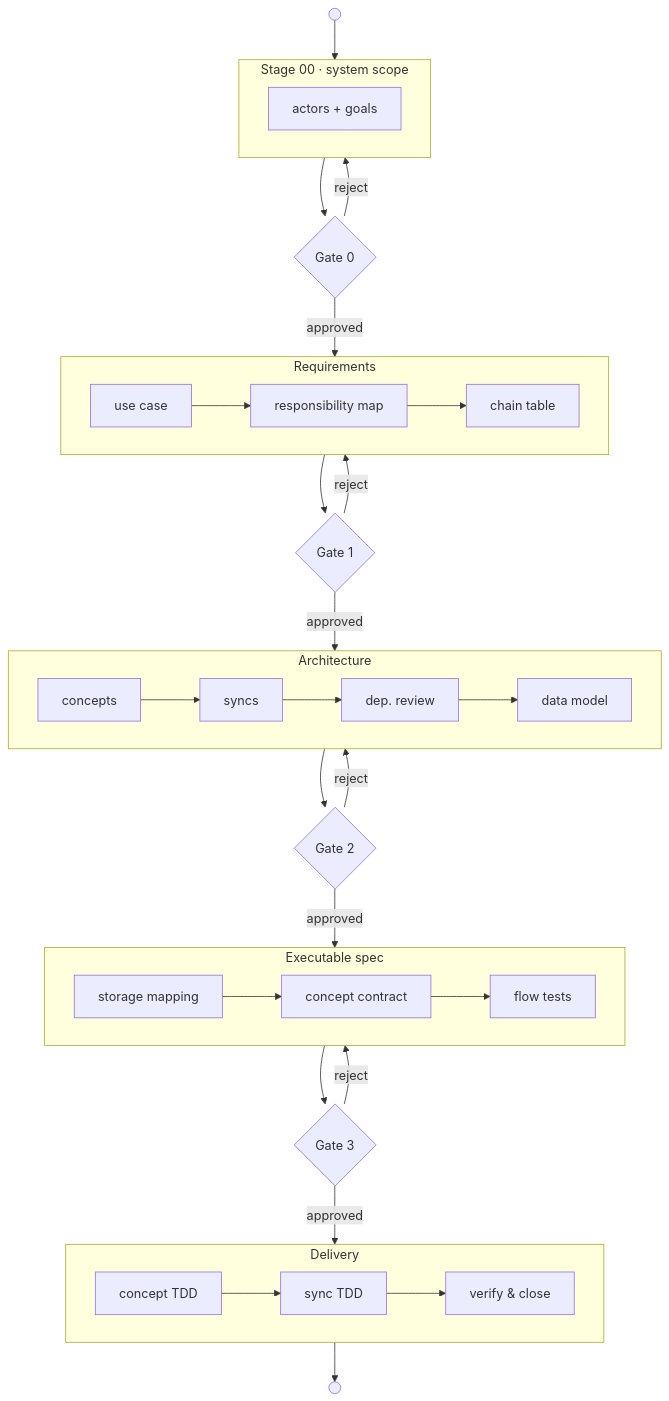
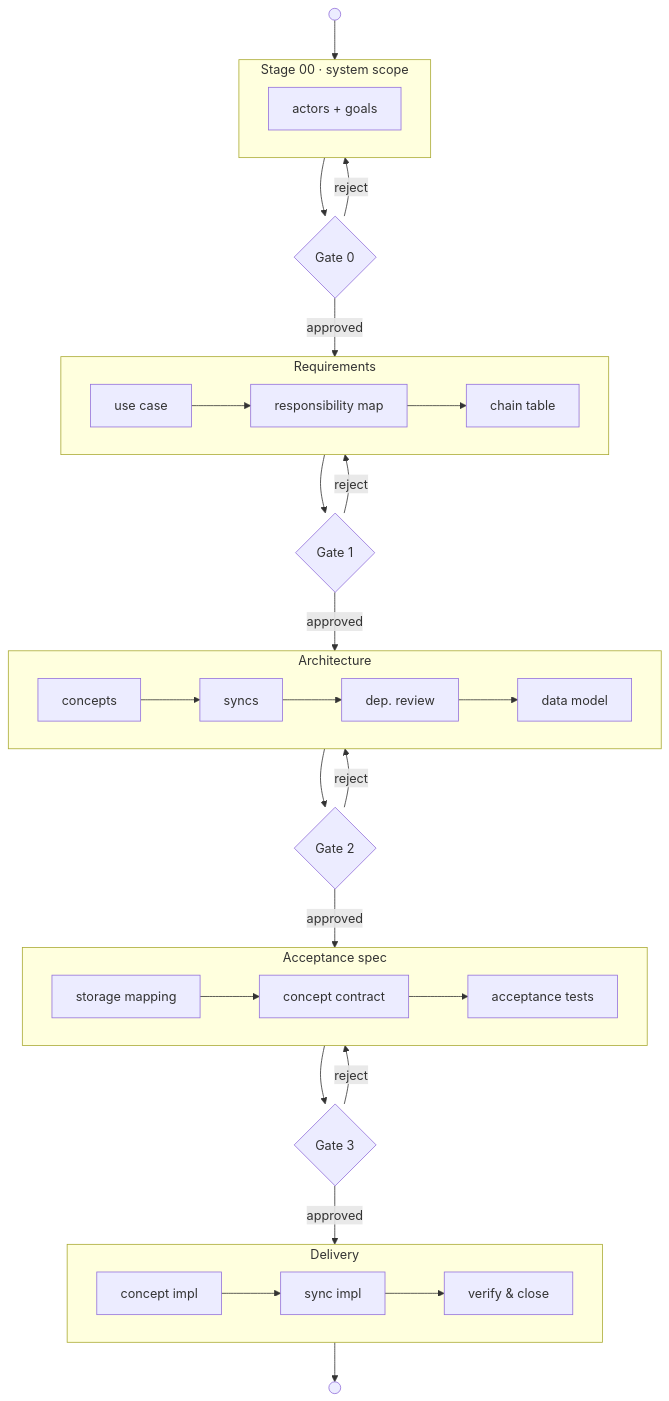
One commit to abratto/clad changed the first of 2 diagrams in README.md. Above: the diagram before and after it, drawn with Mermaid. The commit also changed other lines of this file and 127 other files, not shown here.

First line of the commit message:
feat(testing): spec-driven Stage 04 — frozen Acceptance Spec + mutation gate (DR-0001)

````diff
--- a/README.md
+++ b/README.md
@@ -61,40 +61,40 @@
 ```mermaid
 flowchart TD
     START(( ))
     subgraph S00["Stage 00 · system scope"]
         actors["actors + goals"]
     end
     G0{"Gate 0"}
     START --> S00 --> G0
     G0 -->|"reject"| S00
     G0 -->|"approved"| REQS
     subgraph REQS["Requirements"]
         direction LR
         USECASE["use case"] --> RMAP["responsibility map"] --> CHAIN["chain table"]
     end
     G1{"Gate 1"}
     REQS --> G1
     G1 -->|"reject"| REQS
     G1 -->|"approved"| ARCH
     subgraph ARCH["Architecture"]
         direction LR
         CONCS["concepts"] --> SYNCS["syncs"] --> DEP["dep. review"] --> DM["data model"]
     end
     G2{"Gate 2"}
     ARCH --> G2
     G2 -->|"reject"| ARCH
     G2 -->|"approved"| SPEC
-    subgraph SPEC["Executable spec"]
+    subgraph SPEC["Acceptance spec"]
         direction LR
-        STORE["storage mapping"] --> SLICE["concept contract"] --> FLOW["flow tests"]
+        STORE["storage mapping"] --> SLICE["concept contract"] --> FLOW["acceptance tests"]
     end
     G3{"Gate 3"}
     SPEC --> G3
     G3 -->|"reject"| SPEC
     G3 -->|"approved"| DELIVERY
     subgraph DELIVERY["Delivery"]
         direction LR
-        CTDD["concept TDD"] --> STDD["sync TDD"] --> VER["verify & close"]
+        CTDD["concept impl"] --> STDD["sync impl"] --> VER["verify & close"]
     end
     DELIVERY --> END(( ))
 ```
````
